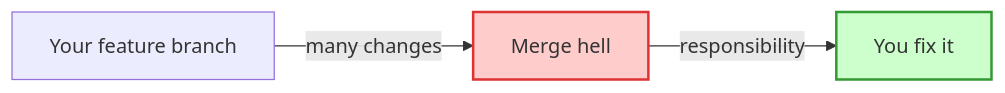
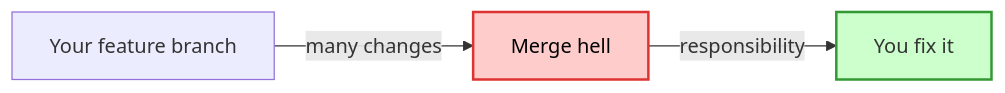
One commit to Research-Center-Data-Intelligence/CHIMP changed the diagram in GIT_GUIDELINES.md. Above: the diagram before and after it, drawn with Mermaid.

Commit message:
Fix formatting in flowchart for better visibility in GIT guidelines

````diff
--- a/GIT_GUIDELINES.md
+++ b/GIT_GUIDELINES.md
@@ -9,7 +9,7 @@
    ```mermaid
    flowchart LR
          A[Your feature branch] -- many changes --> B[Merge hell]
          B -- responsibility --> C[You fix it]
-         style B fill:#ffcccc,stroke:#d33,stroke-width:2px
+         style B fill:#ffcccc,stroke:#d33,stroke-width:2px,color:#000
          style C fill:#ccffcc,stroke:#393,stroke-width:2px
    ```
````
